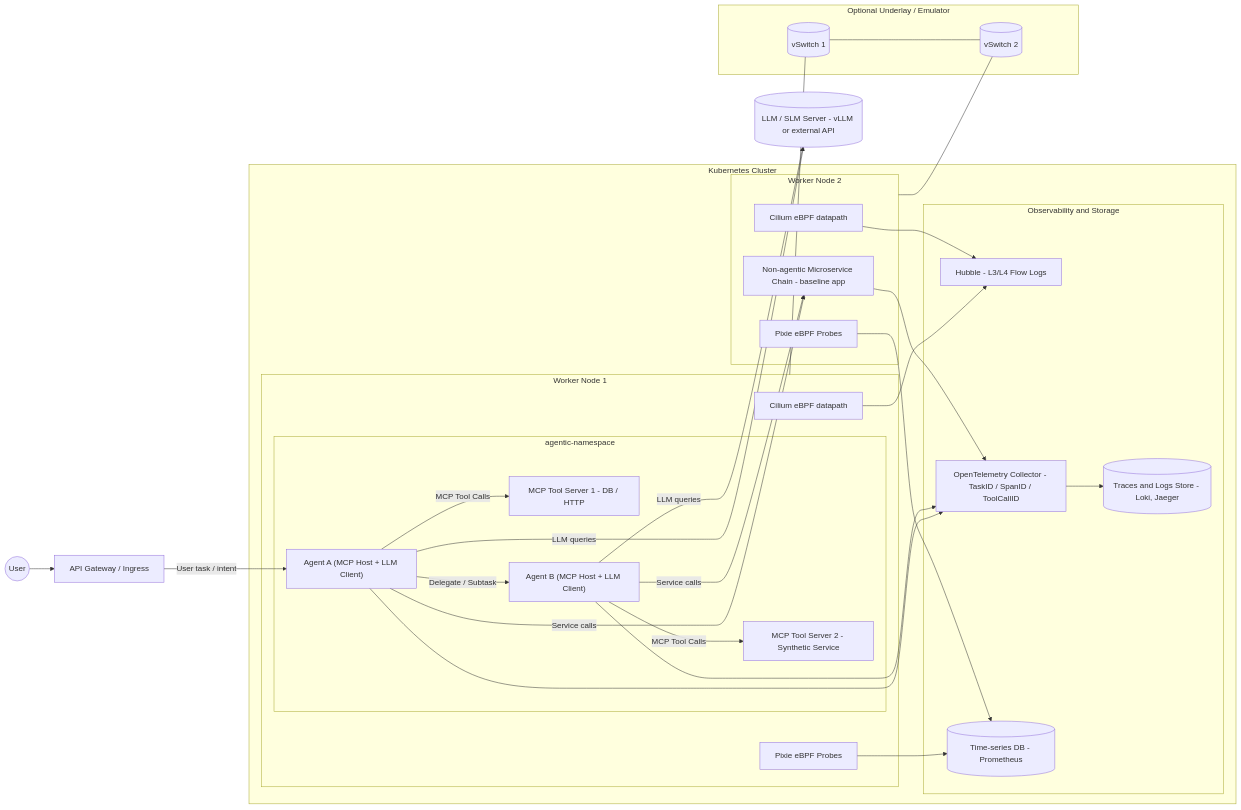
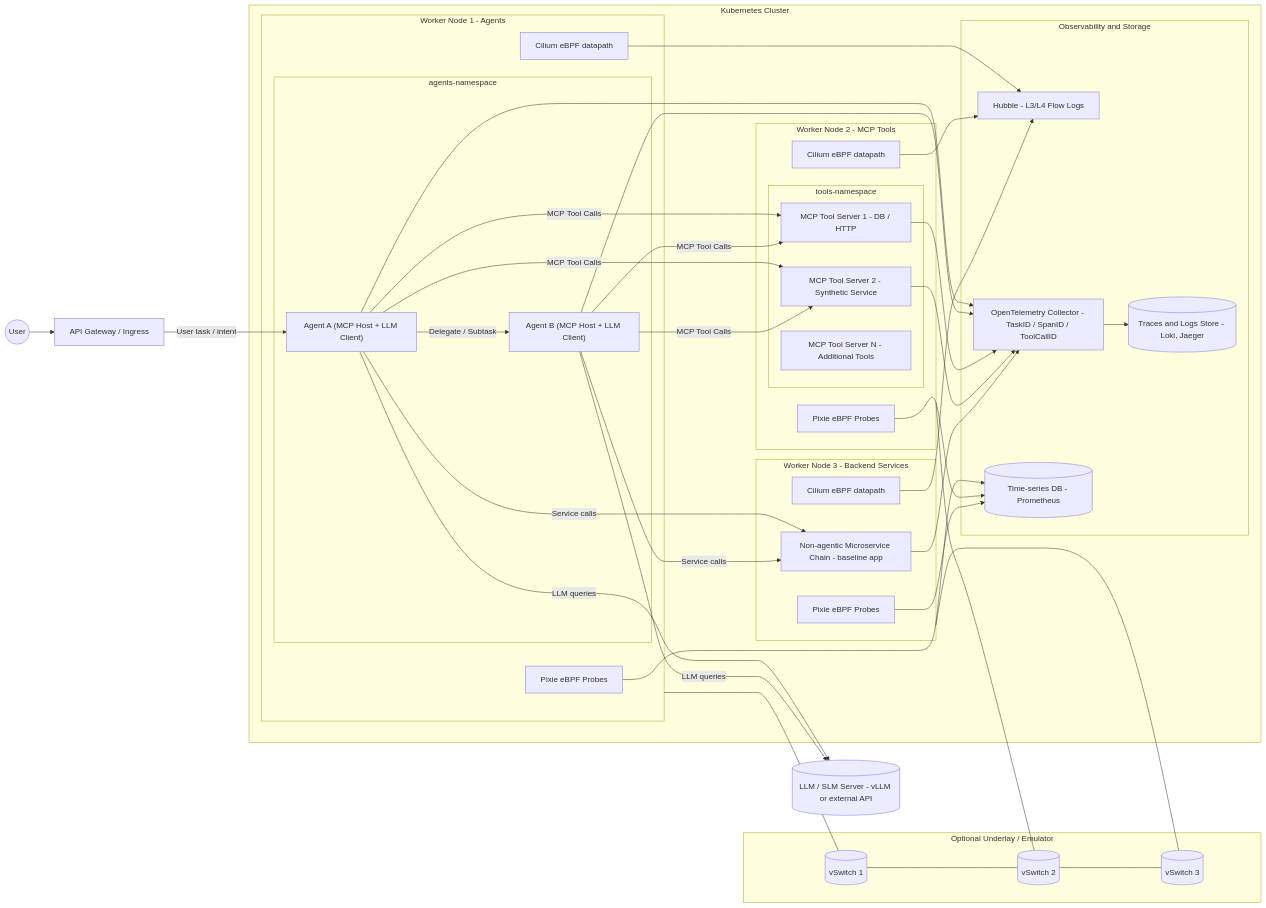
Before and after one commit to dlamagna/agentic-traffic-testing: the diagram in docs/architecture_diagrams/with_kubernetes.md, drawn with Mermaid. The commit also changed 3 other files, not shown here.

Commit message:
modified architecture for MCP servers in separate node

````diff
--- a/docs/architecture_diagrams/with_kubernetes.md
+++ b/docs/architecture_diagrams/with_kubernetes.md
@@ -6,24 +6,34 @@
     %% Top-level cluster
     subgraph K8s["Kubernetes Cluster"]
         
-        %% Agentic namespace on Node 1
-        subgraph Node1["Worker Node 1"]
-            subgraph NS["agentic-namespace"]
+        %% Agents namespace on Node 1
+        subgraph Node1["Worker Node 1 - Agents"]
+            subgraph AgentsNS["agents-namespace"]
                 AgentA["Agent A (MCP Host + LLM Client)"]
                 AgentB["Agent B (MCP Host + LLM Client)"]
-                Tool1["MCP Tool Server 1 - DB / HTTP"]
-                Tool2["MCP Tool Server 2 - Synthetic Service"]
             end
 
             Cilium1["Cilium eBPF datapath"]
             Pixie1["Pixie eBPF Probes"]
         end
 
-        %% Baseline / backend services on Node 2
-        subgraph Node2["Worker Node 2"]
-            Backend["Non-agentic Microservice Chain - baseline app"]
+        %% MCP Tools on Node 2
+        subgraph Node2["Worker Node 2 - MCP Tools"]
+            subgraph ToolsNS["tools-namespace"]
+                Tool1["MCP Tool Server 1 - DB / HTTP"]
+                Tool2["MCP Tool Server 2 - Synthetic Service"]
+                ToolN["MCP Tool Server N - Additional Tools"]
+            end
+
             Cilium2["Cilium eBPF datapath"]
             Pixie2["Pixie eBPF Probes"]
+        end
+
+        %% Baseline / backend services on Node 3
+        subgraph Node3["Worker Node 3 - Backend Services"]
+            Backend["Non-agentic Microservice Chain - baseline app"]
+            Cilium3["Cilium eBPF datapath"]
+            Pixie3["Pixie eBPF Probes"]
         end
 
         %% Observability plane
@@ -42,12 +52,15 @@
     subgraph Underlay["Optional Underlay / Emulator"]
         Sw1[(vSwitch 1)]
         Sw2[(vSwitch 2)]
+        Sw3[(vSwitch 3)]
     end
 
     %% Traffic paths (logical)
     Ingress -->|User task / intent| AgentA
     AgentA -->|Delegate / Subtask| AgentB
     AgentA -->|MCP Tool Calls| Tool1
+    AgentA -->|MCP Tool Calls| Tool2
+    AgentB -->|MCP Tool Calls| Tool1
     AgentB -->|MCP Tool Calls| Tool2
     AgentA -->|Service calls| Backend
     AgentB -->|Service calls| Backend
@@ -58,19 +71,25 @@
     %% eBPF -> observability
     Cilium1 --> Hubble
     Cilium2 --> Hubble
+    Cilium3 --> Hubble
 
     Pixie1 --> MetricsDB
     Pixie2 --> MetricsDB
+    Pixie3 --> MetricsDB
 
     %% App-level traces
     AgentA --> OTel
     AgentB --> OTel
+    Tool1 --> OTel
+    Tool2 --> OTel
     Backend --> OTel
     OTel --> TracesDB
 
     %% Underlay wiring (conceptual)
     Node1 --- Sw1
     Node2 --- Sw2
+    Node3 --- Sw3
     Sw1 --- Sw2
+    Sw2 --- Sw3
 
 ```
````
